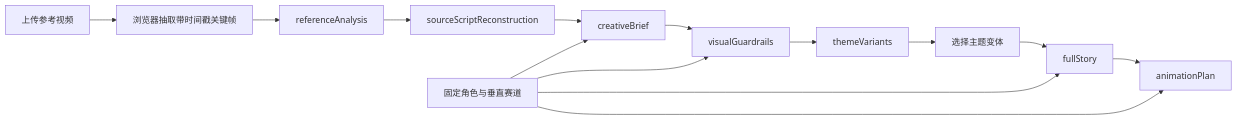
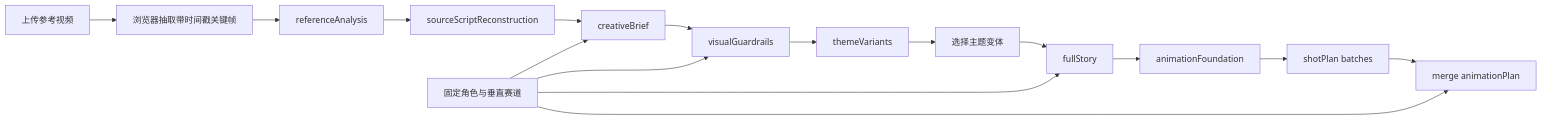
Before and after one commit to marriannedagwwn-bot/mimo-short-video-director: the diagram in docs/workflow-spec.md, drawn with Mermaid. The commit also changed other lines of this file and 7 other files, not shown here.

Commit message:
refactor: generate animation plans in batches

````diff
--- a/docs/workflow-spec.md
+++ b/docs/workflow-spec.md
@@ -14,16 +14,18 @@
 ```mermaid
 flowchart LR
     A[上传参考视频] --> B[浏览器抽取带时间戳关键帧]
     B --> C[referenceAnalysis]
     C --> D[sourceScriptReconstruction]
     D --> E[creativeBrief]
     E --> V[visualGuardrails]
     V --> F[themeVariants]
     F --> H[选择主题变体]
     H --> I[fullStory]
-    I --> J[animationPlan]
+    I --> J1[animationFoundation]
+    J1 --> J2[shotPlan batches]
+    J2 --> J[merge animationPlan]
     G[固定角色与垂直赛道] --> E
     G --> V
     G --> I
     G --> J
 ```
````
